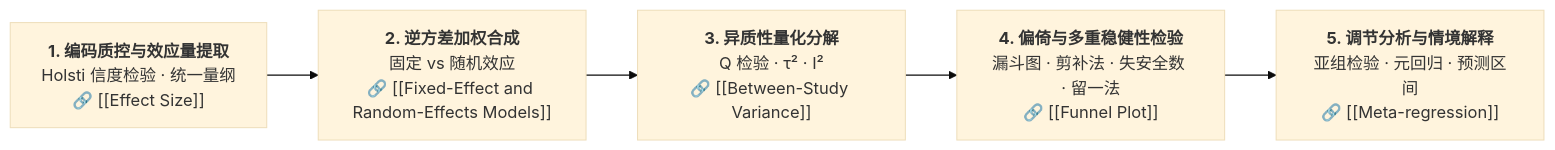
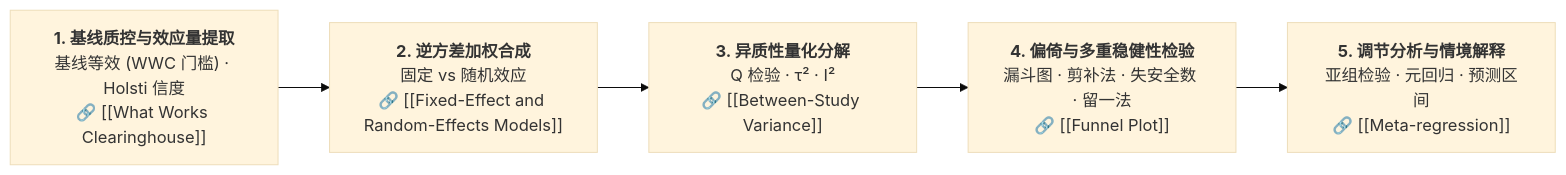
Before and after one commit to likemie/vault-notes: the second of 2 diagrams in wiki/methods/quantitative/Meta-analysis.md, drawn with Mermaid (base theme). The commit also changed other lines of this file and 5 other files, not shown here.

````diff
--- a/wiki/methods/quantitative/Meta-analysis.md
+++ b/wiki/methods/quantitative/Meta-analysis.md
@@ -180,7 +182,7 @@
 ```mermaid
 flowchart LR
-    A["<b>1. 编码质控与效应量提取</b><br>Holsti 信度检验 · 统一量纲<br>🔗 [[Effect Size]]"] --> B["<b>2. 逆方差加权合成</b><br>固定 vs 随机效应<br>🔗 [[Fixed-Effect and Random-Effects Models]]"]
+    A["<b>1. 基线质控与效应量提取</b><br>基线等效 (WWC 门槛) · Holsti 信度<br>🔗 [[What Works Clearinghouse]]"] --> B["<b>2. 逆方差加权合成</b><br>固定 vs 随机效应<br>🔗 [[Fixed-Effect and Random-Effects Models]]"]
     B --> C["<b>3. 异质性量化分解</b><br>Q 检验 · τ² · I²<br>🔗 [[Between-Study Variance]]"]
     C --> D["<b>4. 偏倚与多重稳健性检验</b><br>漏斗图 · 剪补法 · 失安全数 · 留一法<br>🔗 [[Funnel Plot]]"]
     D --> E["<b>5. 调节分析与情境解释</b><br>亚组检验 · 元回归 · 预测区间<br>🔗 [[Meta-regression]]"]
 ```
````
